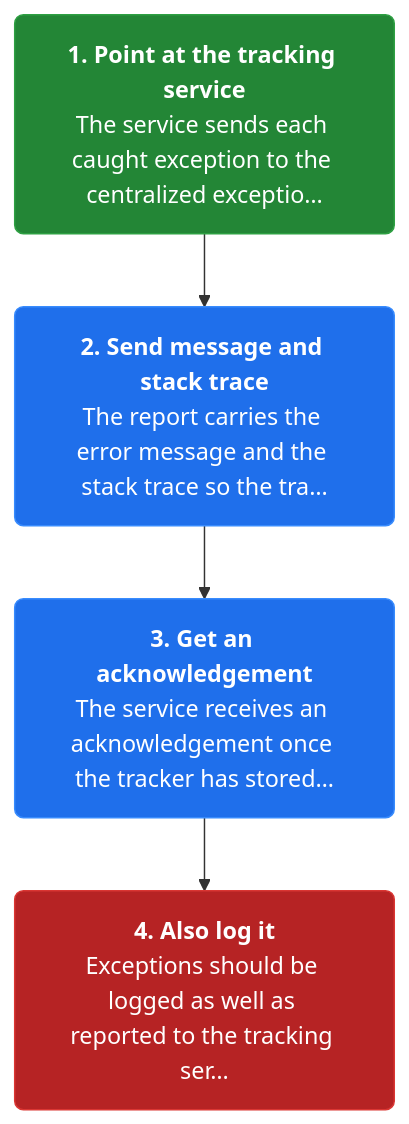
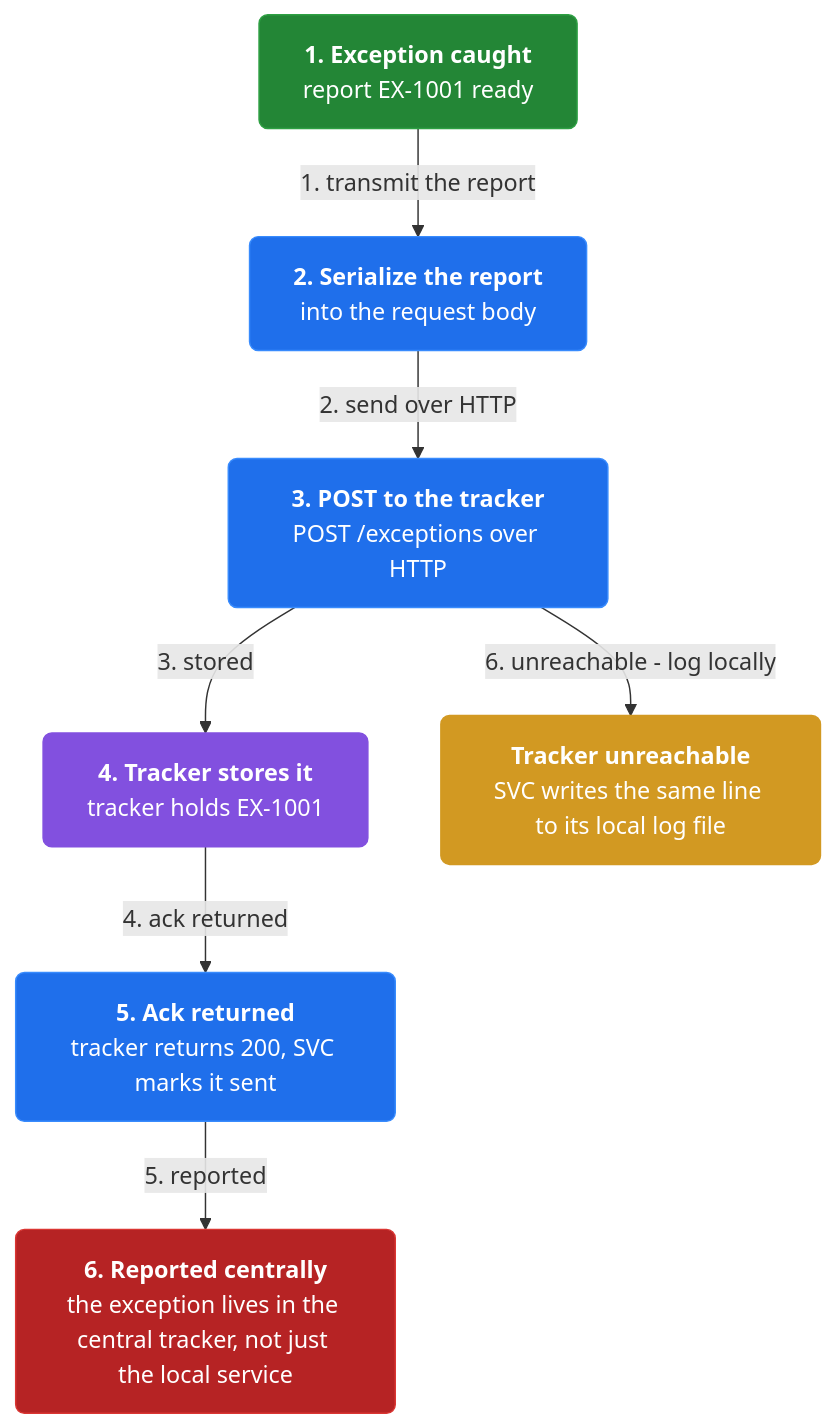
One commit to vinayakuber/microservices-io-study-guide changed the second of 4 diagrams in docs/ch34-exception-tracking.md. Above: the diagram before and after it, drawn with Mermaid. The commit also changed other lines of this file and 46 other files, not shown here.

First line of the commit message:
Author rich branching flow diagrams for all 44 chapters

````diff
--- a/docs/ch34-exception-tracking.md
+++ b/docs/ch34-exception-tracking.md
@@ -50,13 +60,21 @@
 ```mermaid
 flowchart TD
-  classDef step fill:#1f6feb,color:#ffffff,stroke:#388bfd,stroke-width:1px,rx:6
+  classDef step fill:#1f6feb,color:#ffffff,stroke:#388bfd,rx:6
+  classDef core fill:#8250df,color:#ffffff,stroke:#8250df,rx:6
+  classDef warn fill:#d29922,color:#ffffff,stroke:#d29922,rx:6
   classDef start fill:#238636,color:#ffffff,stroke:#2ea043,rx:6
   classDef stop fill:#b62324,color:#ffffff,stroke:#da3633,rx:6
-  s1n0["<b>1. Point at the tracking service</b><br/>The service sends each caught exception to the centralized exceptio…"]:::start
-  s1n1["<b>2. Send message and stack trace</b><br/>The report carries the error message and the stack trace so the tra…"]:::step
-  s1n2["<b>3. Get an acknowledgement</b><br/>The service receives an acknowledgement once the tracker has stored…"]:::step
-  s1n3["<b>4. Also log it</b><br/>Exceptions should be logged as well as reported to the tracking ser…"]:::stop
-  s1n0 --> s1n1
-  s1n1 --> s1n2
-  s1n2 --> s1n3
+n0["<b>1. Exception caught</b><br/>report EX-1001 ready"]:::start
+  n1["<b>2. Serialize the report</b><br/>into the request body"]:::step
+  n2["<b>3. POST to the tracker</b><br/>POST /exceptions over HTTP"]:::step
+  n3["<b>4. Tracker stores it</b><br/>tracker holds EX-1001"]:::core
+  n4["<b>5. Ack returned</b><br/>tracker returns 200, SVC marks it sent"]:::step
+  n5["<b>6. Reported centrally</b><br/>the exception lives in the central tracker, not just the local service"]:::stop
+  n6["<b>Tracker unreachable</b><br/>SVC writes the same line to its local log file"]:::warn
+  n0 -->|"1. transmit the report"| n1
+  n1 -->|"2. send over HTTP"| n2
+  n2 -->|"3. stored"| n3
+  n3 -->|"4. ack returned"| n4
+  n4 -->|"5. reported"| n5
+  n2 -->|"6. unreachable - log locally"| n6
 ```
````
